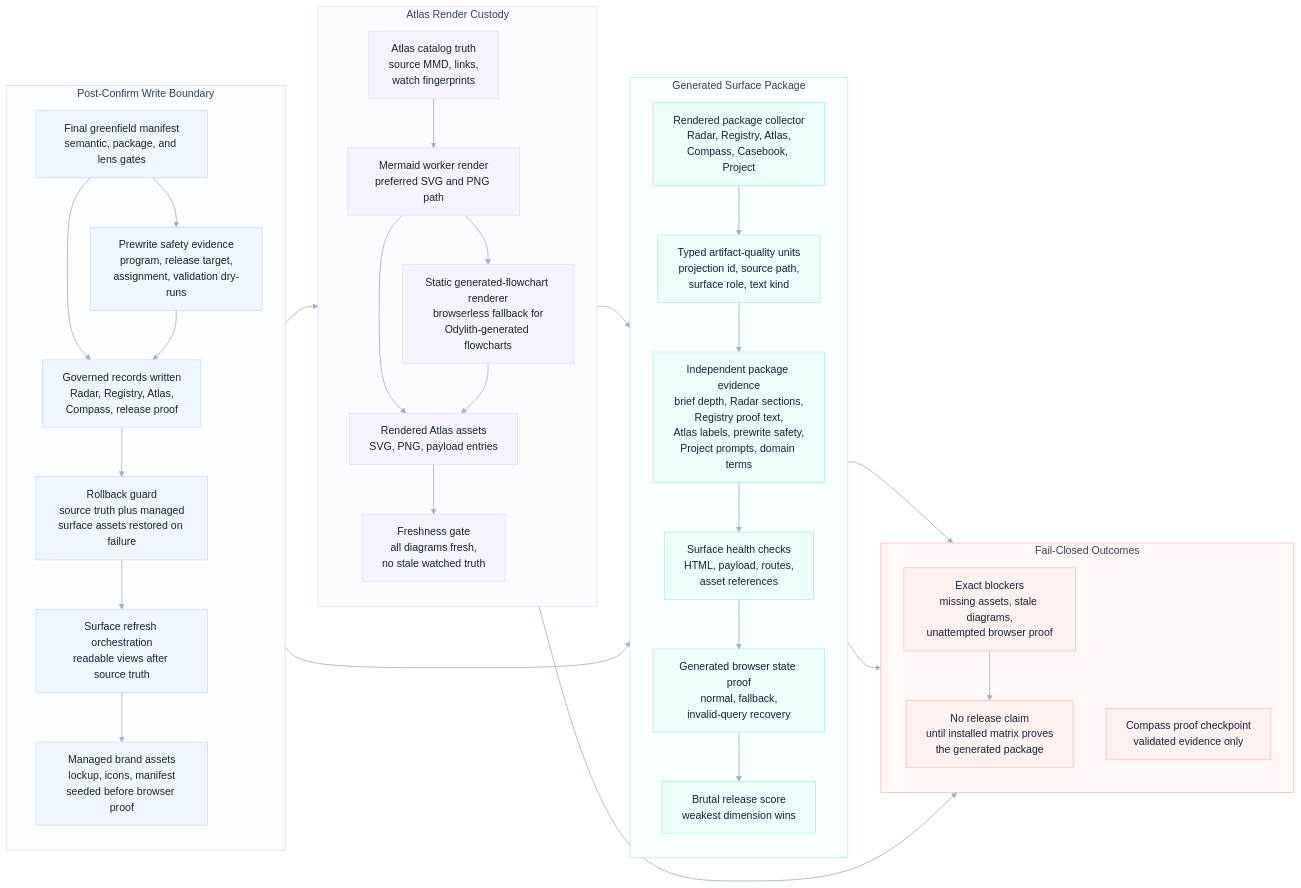
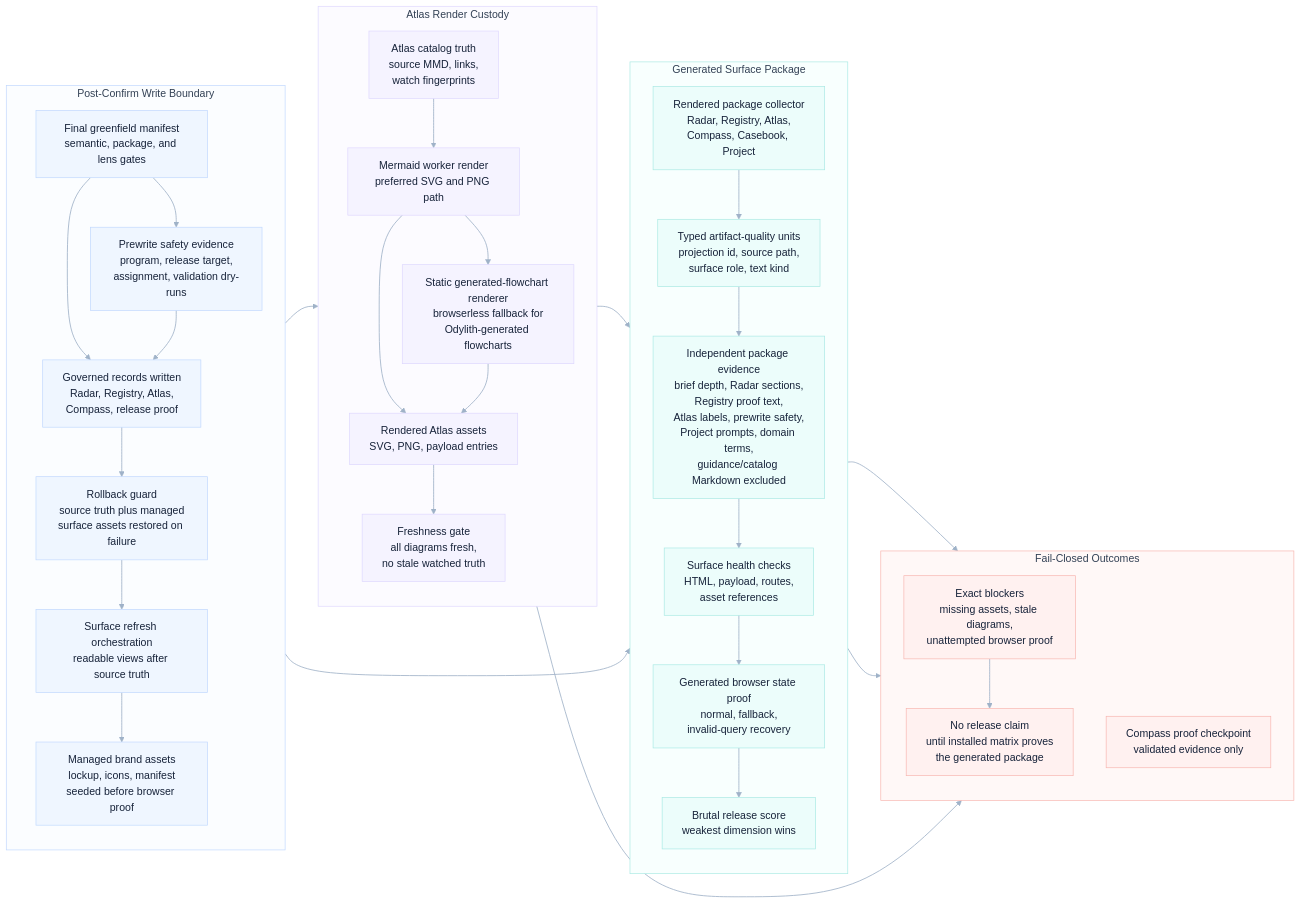
The diagram in odylith/atlas/source/greenfield-rendered-surface-and-static-atlas-custody.mmd (odylith/odylith), drawn with Mermaid (forest theme) before and after one commit. The commit also changed 36 other files, not shown here.

Commit message:
Fix greenfield matrix guidance readback custody

```diff
--- a/odylith/atlas/source/greenfield-rendered-surface-and-static-atlas-custody.mmd
+++ b/odylith/atlas/source/greenfield-rendered-surface-and-static-atlas-custody.mmd
@@ -1,75 +1,75 @@
 flowchart LR
     subgraph write_lane["Post-Confirm Write Boundary"]
       direction TB
       final_manifest["Final greenfield manifest<br/>semantic, package, and lens gates"]
       prewrite_safety["Prewrite safety evidence<br/>program, release target,<br/>assignment, validation dry-runs"]
       governed_write["Governed records written<br/>Radar, Registry, Atlas,<br/>Compass, release proof"]
       rollback_guard["Rollback guard<br/>source truth plus managed<br/>surface assets restored on failure"]
       dashboard_refresh["Surface refresh orchestration<br/>readable views after source truth"]
       brand_assets["Managed brand assets<br/>lockup, icons, manifest<br/>seeded before browser proof"]
     end
 
     subgraph atlas_lane["Atlas Render Custody"]
       direction TB
       catalog_truth["Atlas catalog truth<br/>source MMD, links,<br/>watch fingerprints"]
       mermaid_worker["Mermaid worker render<br/>preferred SVG and PNG path"]
       static_renderer["Static generated-flowchart renderer<br/>browserless fallback for<br/>Odylith-generated flowcharts"]
       rendered_assets["Rendered Atlas assets<br/>SVG, PNG, payload entries"]
       freshness_gate["Freshness gate<br/>all diagrams fresh,<br/>no stale watched truth"]
     end
 
     subgraph surface_lane["Generated Surface Package"]
       direction TB
       rendered_package["Rendered package collector<br/>Radar, Registry, Atlas,<br/>Compass, Casebook, Project"]
       typed_units["Typed artifact-quality units<br/>projection id, source path,<br/>surface role, text kind"]
-      evidence_readback["Independent package evidence<br/>brief depth, Radar sections,<br/>Registry proof text,<br/>Atlas labels, prewrite safety,<br/>Project prompts, domain terms"]
+      evidence_readback["Independent package evidence<br/>brief depth, Radar sections,<br/>Registry proof text,<br/>Atlas labels, prewrite safety,<br/>Project prompts, domain terms,<br/>guidance/catalog Markdown excluded"]
       surface_health["Surface health checks<br/>HTML, payload, routes,<br/>asset references"]
       browser_state["Generated browser state proof<br/>normal, fallback,<br/>invalid-query recovery"]
       hard_score["Brutal release score<br/>weakest dimension wins"]
     end
 
     subgraph blocker_lane["Fail-Closed Outcomes"]
       direction TB
       exact_blockers["Exact blockers<br/>missing assets, stale diagrams,<br/>unattempted browser proof"]
       no_release_claim["No release claim<br/>until installed matrix proves<br/>the generated package"]
       proof_checkpoint["Compass proof checkpoint<br/>validated evidence only"]
     end
 
     final_manifest --> governed_write
     final_manifest --> prewrite_safety
     prewrite_safety --> governed_write
     governed_write --> rollback_guard
     rollback_guard --> dashboard_refresh
     dashboard_refresh --> brand_assets
     brand_assets --> surface_health
     dashboard_refresh --> catalog_truth
     catalog_truth --> mermaid_worker
     mermaid_worker --> rendered_assets
     mermaid_worker --> static_renderer
     static_renderer --> rendered_assets
     rendered_assets --> freshness_gate
     freshness_gate --> rendered_package
     rendered_package --> typed_units
     typed_units --> evidence_readback
     evidence_readback --> surface_health
     surface_health --> browser_state
     browser_state --> hard_score
     hard_score --> proof_checkpoint
     freshness_gate --> exact_blockers
     surface_health --> exact_blockers
     exact_blockers --> no_release_claim
 
     classDef write fill:#EFF6FF,stroke:#BFD7FE,color:#17233A,stroke-width:1px;
     classDef atlas fill:#F5F3FF,stroke:#DDD6FE,color:#17233A,stroke-width:1px;
     classDef surface fill:#ECFDFB,stroke:#A7E9E3,color:#17233A,stroke-width:1px;
     classDef blocker fill:#FFF1F0,stroke:#F7B4AE,color:#17233A,stroke-width:1px;
     class final_manifest,prewrite_safety,governed_write,rollback_guard,dashboard_refresh,brand_assets write;
     class catalog_truth,mermaid_worker,static_renderer,rendered_assets,freshness_gate atlas;
     class rendered_package,typed_units,evidence_readback,surface_health,browser_state,hard_score surface;
     class exact_blockers,no_release_claim,proof_checkpoint blocker;
 
     style write_lane fill:#FBFDFF,stroke:#BFD7FE,stroke-width:1px,color:#334155
     style atlas_lane fill:#FCFBFF,stroke:#DDD6FE,stroke-width:1px,color:#334155
     style surface_lane fill:#F8FFFE,stroke:#A7E9E3,stroke-width:1px,color:#334155
     style blocker_lane fill:#FFF8F7,stroke:#F7B4AE,stroke-width:1px,color:#334155
     linkStyle default stroke:#9FB2C8,stroke-width:1.25px
```
